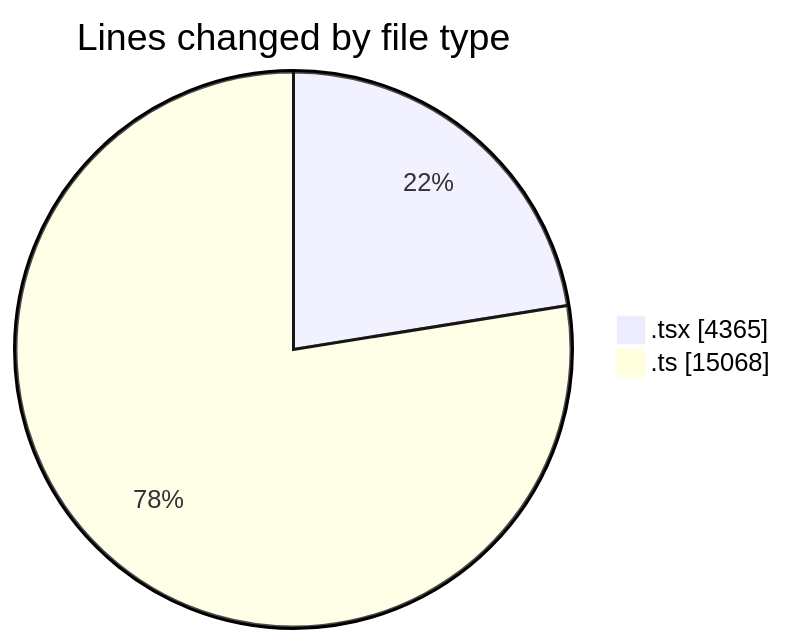
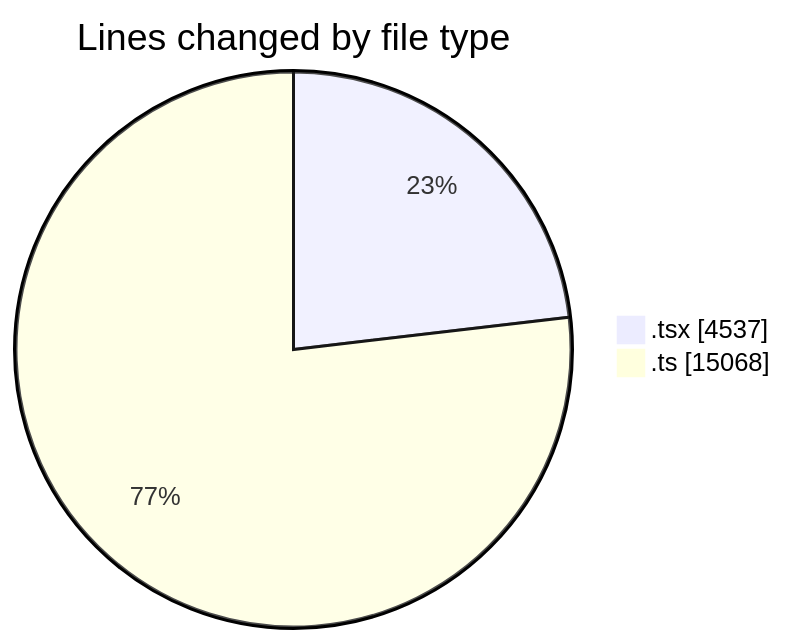
Before and after one commit to momahboobian/code-tracking: the first of 2 diagrams in 2025-09-22/cda/README.md, drawn with Mermaid. The commit also changed other lines of this file and 1 other file, not shown here.

````diff
--- a/2025-09-22/cda/README.md
+++ b/2025-09-22/cda/README.md
@@ -31,6 +31,6 @@
 ```mermaid
 pie showData
 title Lines changed by file type
-".tsx" : 4365
+".tsx" : 4537
 ".ts" : 15068
 ```
````
